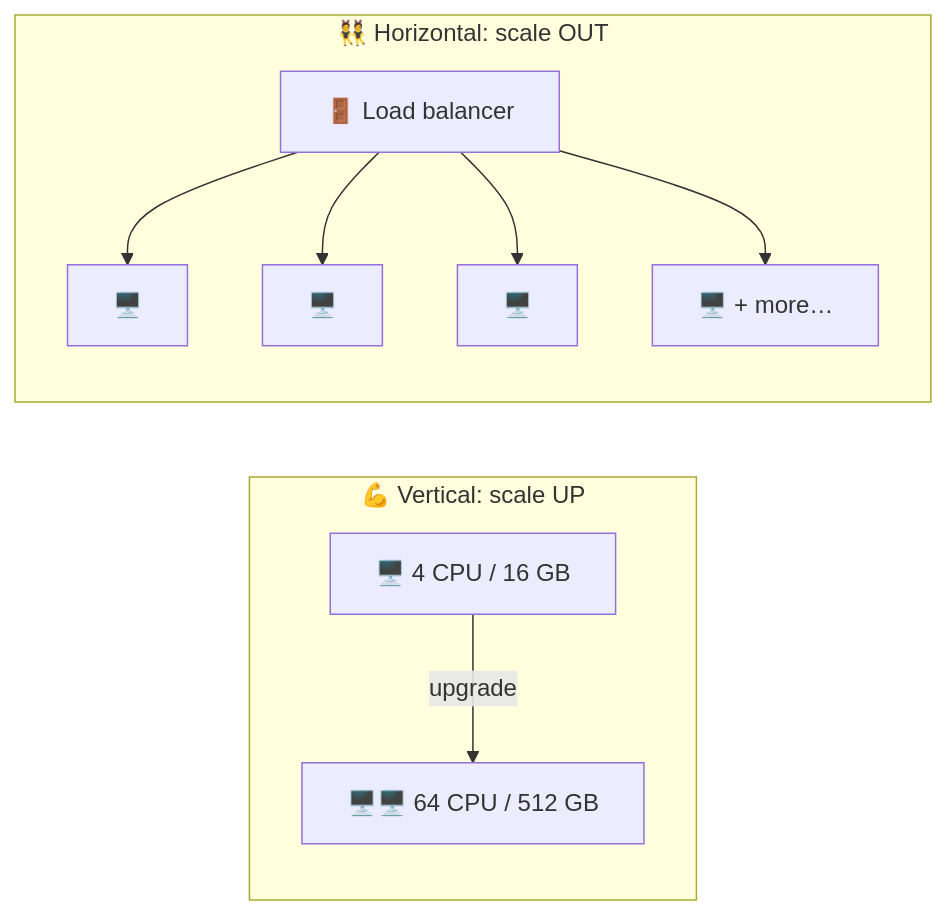
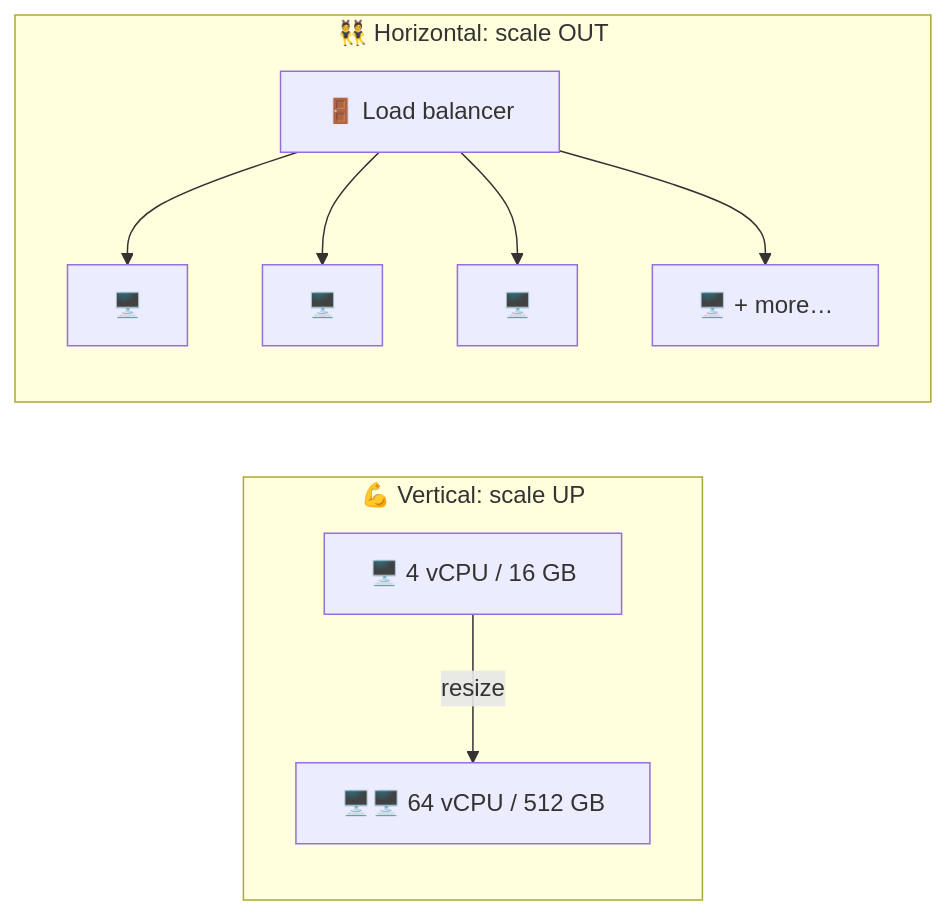
The diagram in phases/03-scaling-basics/017-vertical-vs-horizontal-scaling.md (winnyboy5/System-Design-from-Atoms), drawn with Mermaid before and after one commit. The commit also changed other lines of this file and 9 other files, not shown here.

````diff
--- a/phases/03-scaling-basics/017-vertical-vs-horizontal-scaling.md
+++ b/phases/03-scaling-basics/017-vertical-vs-horizontal-scaling.md
@@ -26,12 +38,12 @@
 ```mermaid
 flowchart LR
     subgraph V["💪 Vertical: scale UP"]
-        S1["🖥️ 4 CPU / 16 GB"] -->|"upgrade"| S2["🖥️🖥️ 64 CPU / 512 GB"]
+        S1["🖥️ 4 vCPU / 16 GB"] -->|"resize"| S2["🖥️🖥️ 64 vCPU / 512 GB"]
     end
     subgraph H["👯 Horizontal: scale OUT"]
         LB["🚪 Load balancer"] --> A["🖥️"]
         LB --> B["🖥️"]
         LB --> C["🖥️"]
         LB --> D["🖥️ + more…"]
     end
 ```
````
